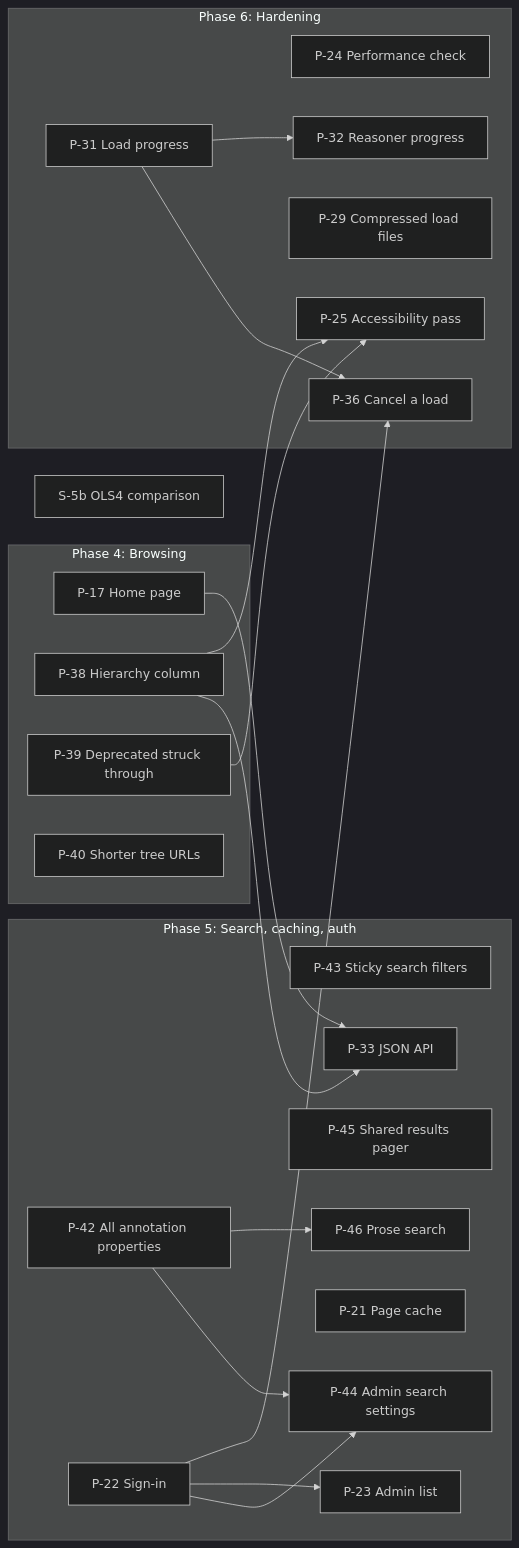
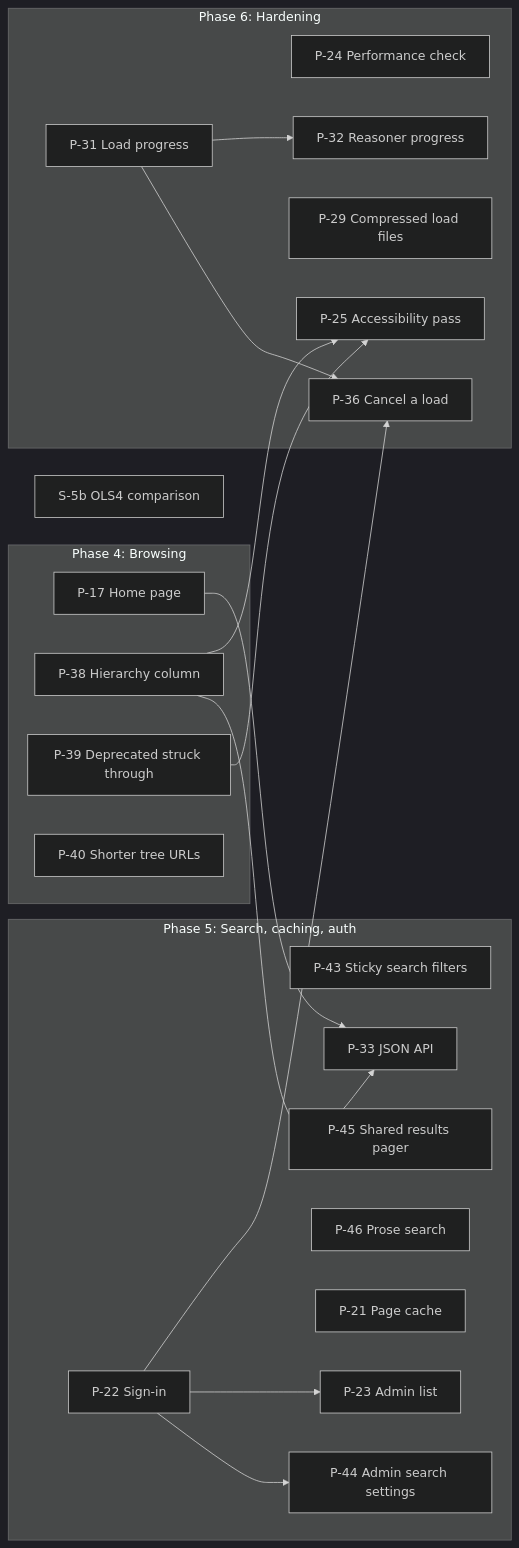
The diagram in docs/DESIGN.md (jclerman/browl), drawn with Mermaid (dark theme) before and after one commit. The commit also changed other lines of this file and 10 other files, not shown here.

````diff
--- a/docs/DESIGN.md
+++ b/docs/DESIGN.md
@@ -1911,37 +1931,35 @@
 ```mermaid
 flowchart LR
     subgraph P4["Phase 4: Browsing"]
         P17["P-17 Home page"]
         P38["P-38 Hierarchy column"]
         P39["P-39 Deprecated struck through"]
         P40["P-40 Shorter tree URLs"]
     end
     subgraph P5["Phase 5: Search, caching, auth"]
-        P42["P-42 All annotation properties"]
         P43["P-43 Sticky search filters"]
         P44["P-44 Admin search settings"]
         P45["P-45 Shared results pager"]
         P46["P-46 Prose search"]
         P21["P-21 Page cache"]
         P22["P-22 Sign-in"]
         P23["P-23 Admin list"]
         P33["P-33 JSON API"]
     end
     subgraph P6["Phase 6: Hardening"]
         P24["P-24 Performance check"]
         P25["P-25 Accessibility pass"]
         P29["P-29 Compressed load files"]
         P31["P-31 Load progress"]
         P32["P-32 Reasoner progress"]
         P36["P-36 Cancel a load"]
     end
     S5b["S-5b OLS4 comparison"]
 
     P17 & P38 --> P33
     P38 & P39 --> P25
-    P22 & P42 --> P44
-    P42 --> P46
+    P22 --> P44
     P22 --> P23
     P22 & P31 --> P36
     P31 --> P32
 ```
````
